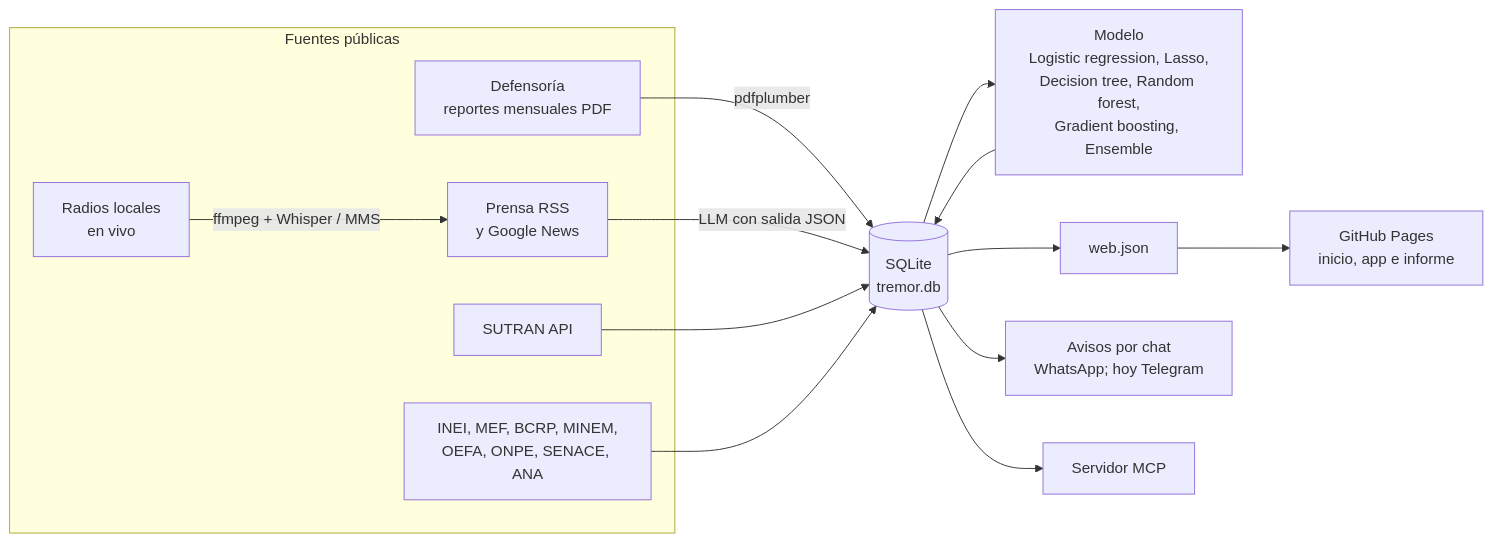
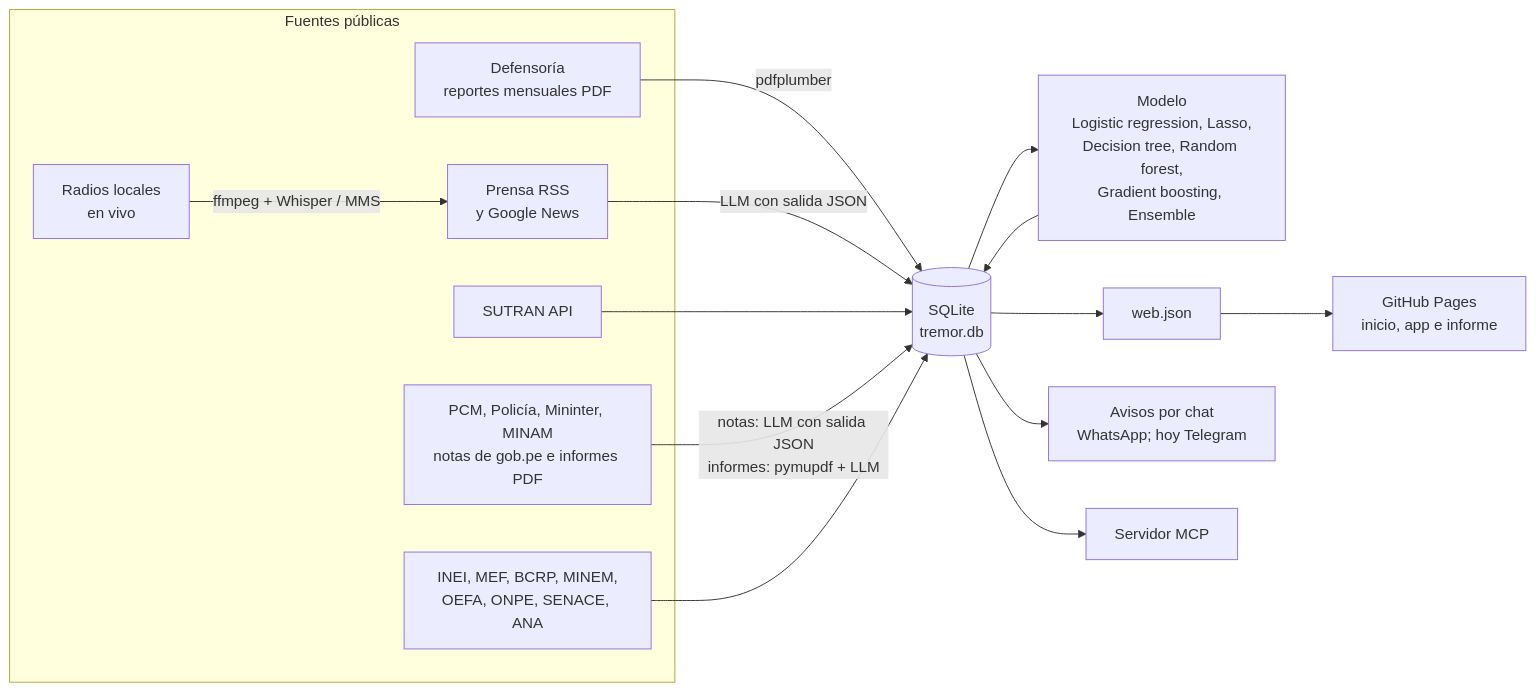
Before and after one commit to nicosil02/tremor: the diagram in README.md, drawn with Mermaid. The commit also changed other lines of this file and 7 other files, not shown here.

Commit message:
Fuentes del Ejecutivo: notas de gob.pe y casos de Willaqniki (PCM) y OGASA (MINAM) (#120)

````diff
--- a/README.md
+++ b/README.md
@@ -135,21 +136,23 @@
 ```mermaid
 flowchart LR
   subgraph Fuentes públicas
     DEF[Defensoría<br>reportes mensuales PDF]
     PRE[Prensa RSS<br>y Google News]
     RAD[Radios locales<br>en vivo]
     SUT[SUTRAN API]
+    EJE[PCM, Policía, Mininter, MINAM<br>notas de gob.pe e informes PDF]
     EST[INEI, MEF, BCRP, MINEM,<br>OEFA, ONPE, SENACE, ANA]
   end
   DEF -->|pdfplumber| DB[(SQLite<br>tremor.db)]
   PRE -->|LLM con salida JSON| DB
   RAD -->|ffmpeg + Whisper / MMS| PRE
   SUT --> DB
+  EJE -->|notas: LLM con salida JSON<br>informes: pymupdf + LLM| DB
   EST --> DB
   DB --> MOD[Modelo<br>Logistic regression, Lasso,<br>Decision tree, Random forest,<br>Gradient boosting, Ensemble]
   MOD --> DB
   DB --> WEB[web.json]
   WEB --> PAG[GitHub Pages<br>inicio, app e informe]
   DB --> TG[Avisos por chat<br>WhatsApp; hoy Telegram]
   DB --> MCP[Servidor MCP]
 ```
````
